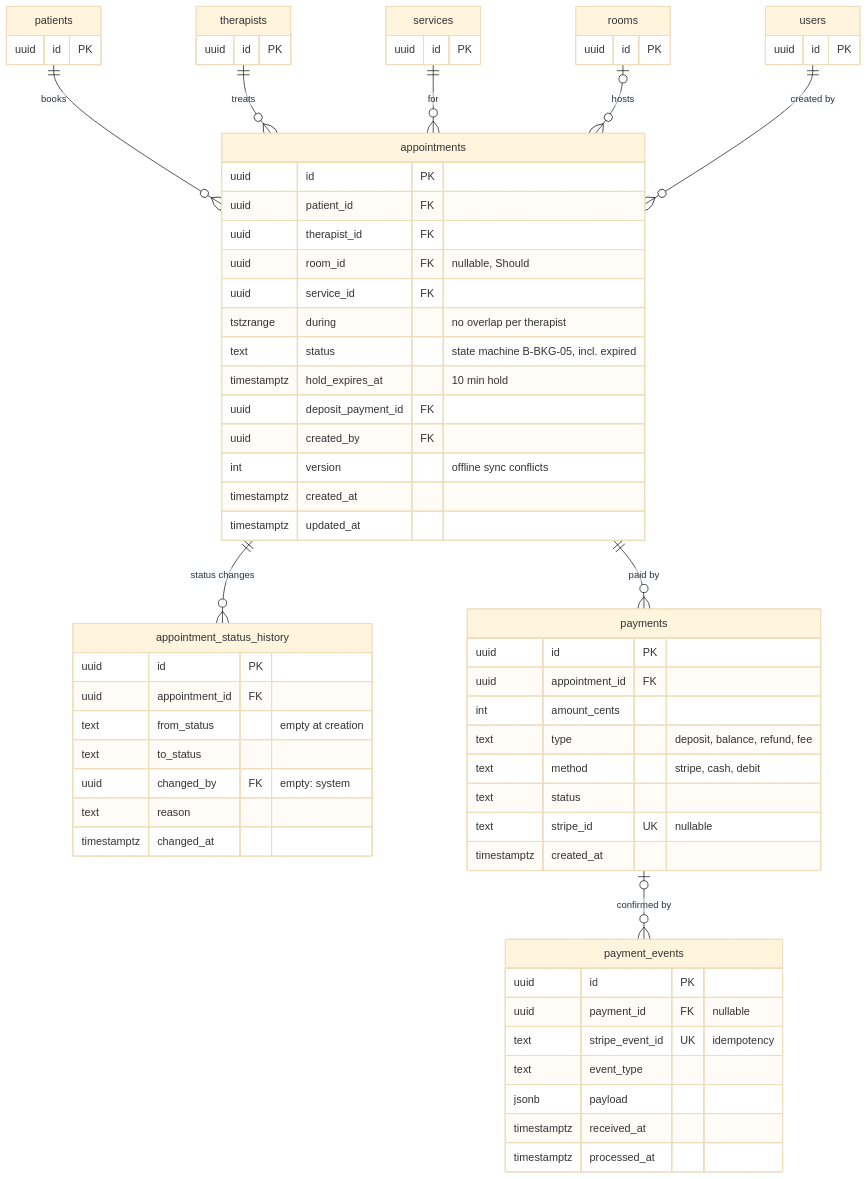
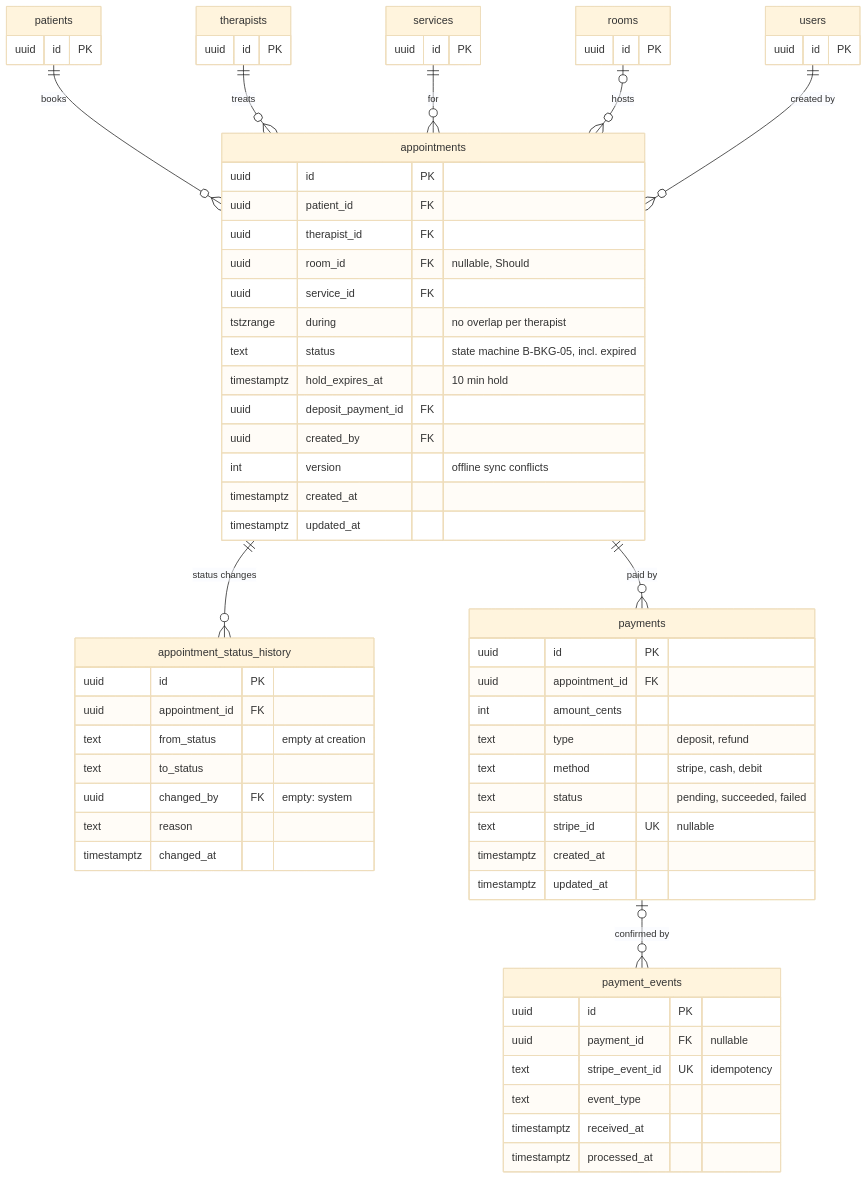
One commit to kkprojects5/clinique-physio changed the fourth of 7 diagrams in docs/erd.md. Above: the diagram before and after it, drawn with Mermaid (base theme). The commit also changed other lines of this file and 28 other files, not shown here.

````diff
--- a/docs/erd.md
+++ b/docs/erd.md
@@ -172,69 +172,69 @@
 ```mermaid
 erDiagram
     patients ||--o{ appointments : "books"
     therapists ||--o{ appointments : "treats"
     services ||--o{ appointments : "for"
     rooms |o--o{ appointments : "hosts"
     users ||--o{ appointments : "created by"
     appointments ||--o{ appointment_status_history : "status changes"
     appointments ||--o{ payments : "paid by"
     payments |o--o{ payment_events : "confirmed by"
     appointments {
         uuid id PK
         uuid patient_id FK
         uuid therapist_id FK
         uuid room_id FK "nullable, Should"
         uuid service_id FK
         tstzrange during "no overlap per therapist"
         text status "state machine B-BKG-05, incl. expired"
         timestamptz hold_expires_at "10 min hold"
         uuid deposit_payment_id FK
         uuid created_by FK
         int version "offline sync conflicts"
         timestamptz created_at
         timestamptz updated_at
     }
     appointment_status_history {
         uuid id PK
         uuid appointment_id FK
         text from_status "empty at creation"
         text to_status
         uuid changed_by FK "empty: system"
         text reason
         timestamptz changed_at
     }
     payments {
         uuid id PK
         uuid appointment_id FK
         int amount_cents
-        text type "deposit, balance, refund, fee"
+        text type "deposit, refund"
         text method "stripe, cash, debit"
-        text status
+        text status "pending, succeeded, failed"
         text stripe_id UK "nullable"
         timestamptz created_at
+        timestamptz updated_at
     }
     payment_events {
         uuid id PK
         uuid payment_id FK "nullable"
         text stripe_event_id UK "idempotency"
         text event_type
-        jsonb payload
         timestamptz received_at
         timestamptz processed_at
     }
     patients {
         uuid id PK
     }
     therapists {
         uuid id PK
     }
     services {
         uuid id PK
     }
     rooms {
         uuid id PK
     }
     users {
         uuid id PK
     }
 ```
````
